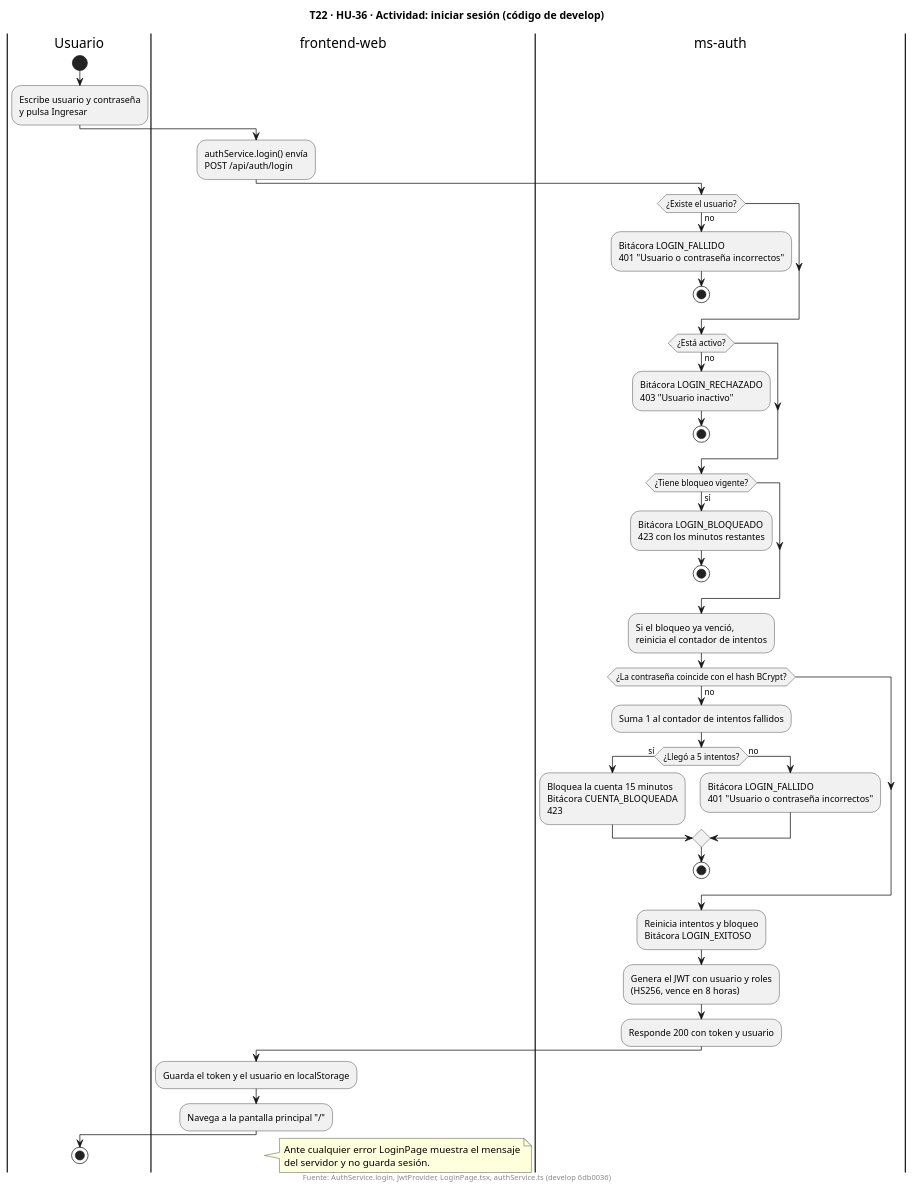
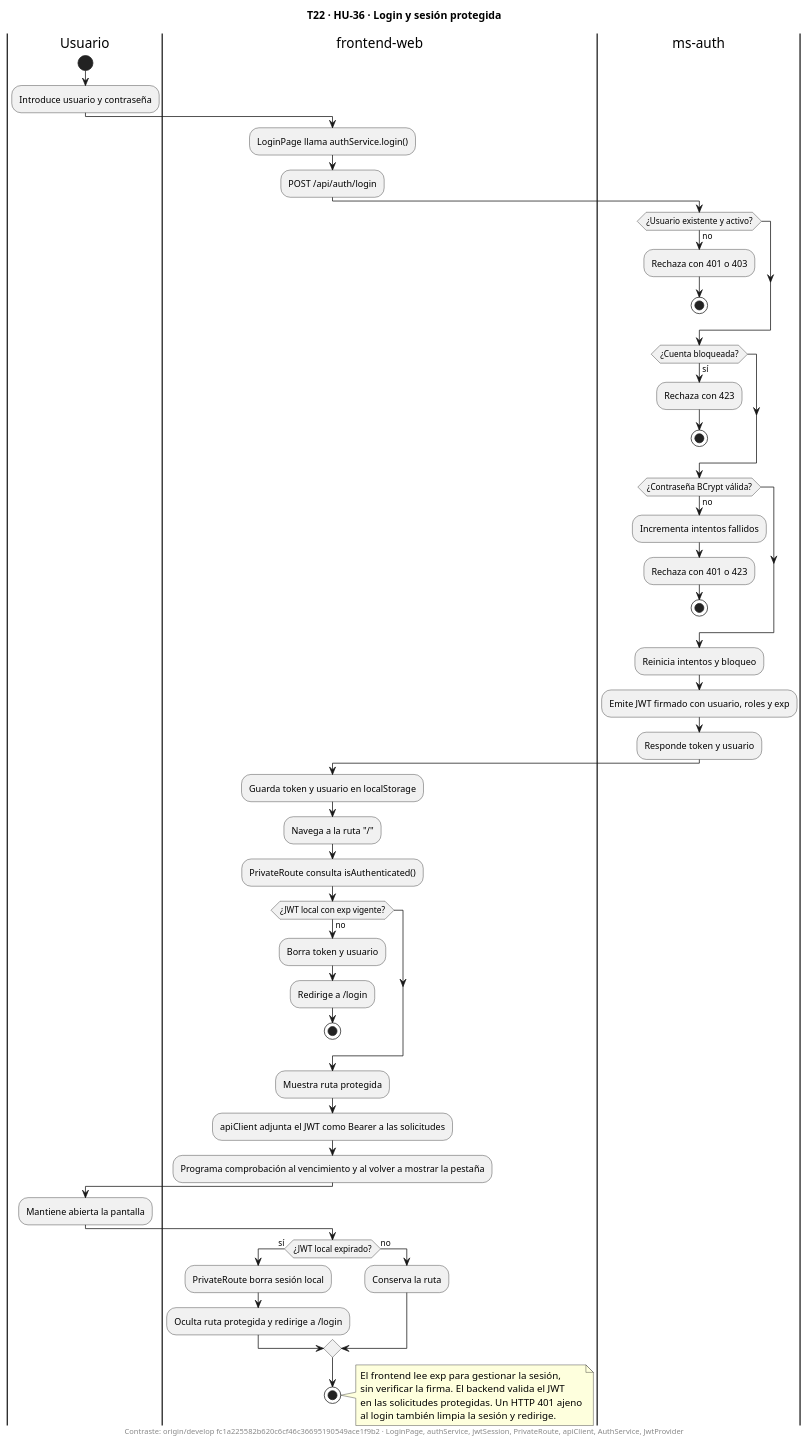
Before and after one commit to fabianrodriguez33/plus-contable: the diagram in docs/uml/T22-HU36-actividad.puml, drawn with PlantUML. The commit also changed 4 other files, not shown here.

Commit message:
docs(uml): actualizar T22, T54 y trazabilidad

```diff
--- a/docs/uml/T22-HU36-actividad.puml
+++ b/docs/uml/T22-HU36-actividad.puml
@@ -1,55 +1,56 @@
 @startuml
-title T22 · HU-36 · Actividad: iniciar sesión (código de develop)
+title T22 · HU-36 · Login y sesión protegida
 skinparam shadowing false
-
 |Usuario|
 start
-:Escribe usuario y contraseña
-y pulsa Ingresar;
-
+:Introduce usuario y contraseña;
 |frontend-web|
-:authService.login() envía
-POST /api/auth/login;
-
+:LoginPage llama authService.login();
+:POST /api/auth/login;
 |ms-auth|
-if (¿Existe el usuario?) then (no)
-  :Bitácora LOGIN_FALLIDO\n401 "Usuario o contraseña incorrectos";
+if (¿Usuario existente y activo?) then (no)
+  :Rechaza con 401 o 403;
   stop
 endif
-if (¿Está activo?) then (no)
-  :Bitácora LOGIN_RECHAZADO\n403 "Usuario inactivo";
+if (¿Cuenta bloqueada?) then (sí)
+  :Rechaza con 423;
   stop
 endif
-if (¿Tiene bloqueo vigente?) then (sí)
-  :Bitácora LOGIN_BLOQUEADO\n423 con los minutos restantes;
+if (¿Contraseña BCrypt válida?) then (no)
+  :Incrementa intentos fallidos;
+  :Rechaza con 401 o 423;
   stop
 endif
-:Si el bloqueo ya venció,\nreinicia el contador de intentos;
-if (¿La contraseña coincide con el hash BCrypt?) then (no)
-  :Suma 1 al contador de intentos fallidos;
-  if (¿Llegó a 5 intentos?) then (sí)
-    :Bloquea la cuenta 15 minutos\nBitácora CUENTA_BLOQUEADA\n423;
-  else (no)
-    :Bitácora LOGIN_FALLIDO\n401 "Usuario o contraseña incorrectos";
-  endif
+:Reinicia intentos y bloqueo;
+:Emite JWT firmado con usuario, roles y exp;
+:Responde token y usuario;
+|frontend-web|
+:Guarda token y usuario en localStorage;
+:Navega a la ruta "/";
+:PrivateRoute consulta isAuthenticated();
+if (¿JWT local con exp vigente?) then (no)
+  :Borra token y usuario;
+  :Redirige a /login;
   stop
 endif
-:Reinicia intentos y bloqueo\nBitácora LOGIN_EXITOSO;
-:Genera el JWT con usuario y roles\n(HS256, vence en 8 horas);
-:Responde 200 con token y usuario;
-
+:Muestra ruta protegida;
+:apiClient adjunta el JWT como Bearer a las solicitudes;
+:Programa comprobación al vencimiento y al volver a mostrar la pestaña;
+|Usuario|
+:Mantiene abierta la pantalla;
 |frontend-web|
-:Guarda el token y el usuario en localStorage;
-:Navega a la pantalla principal "/";
-
-|Usuario|
+if (¿JWT local expirado?) then (sí)
+  :PrivateRoute borra sesión local;
+  :Oculta ruta protegida y redirige a /login;
+else (no)
+  :Conserva la ruta;
+endif
 stop
-
-|frontend-web|
 note right
-  Ante cualquier error LoginPage muestra el mensaje
-  del servidor y no guarda sesión.
+  El frontend lee exp para gestionar la sesión,
+  sin verificar la firma. El backend valida el JWT
+  en las solicitudes protegidas. Un HTTP 401 ajeno
+  al login también limpia la sesión y redirige.
 end note
-
-footer Fuente: AuthService.login, JwtProvider, LoginPage.tsx, authService.ts (develop 6db0036)
+footer Contraste: origin/develop fc1a225582b620c6cf46c36695190549ace1f9b2 · LoginPage, authService, jwtSession, PrivateRoute, apiClient, AuthService, JwtProvider
 @enduml
```
